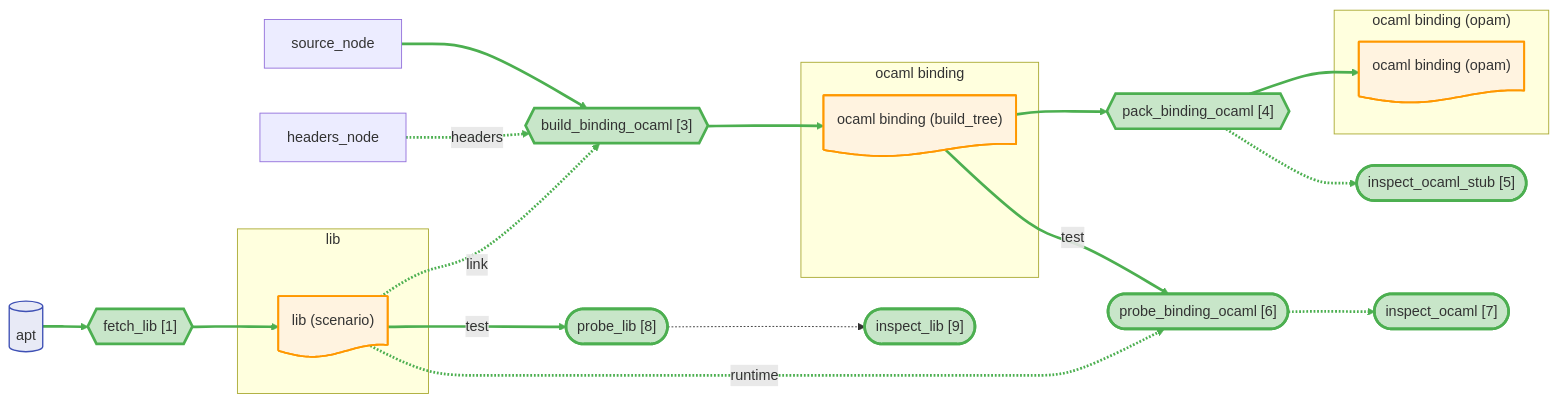
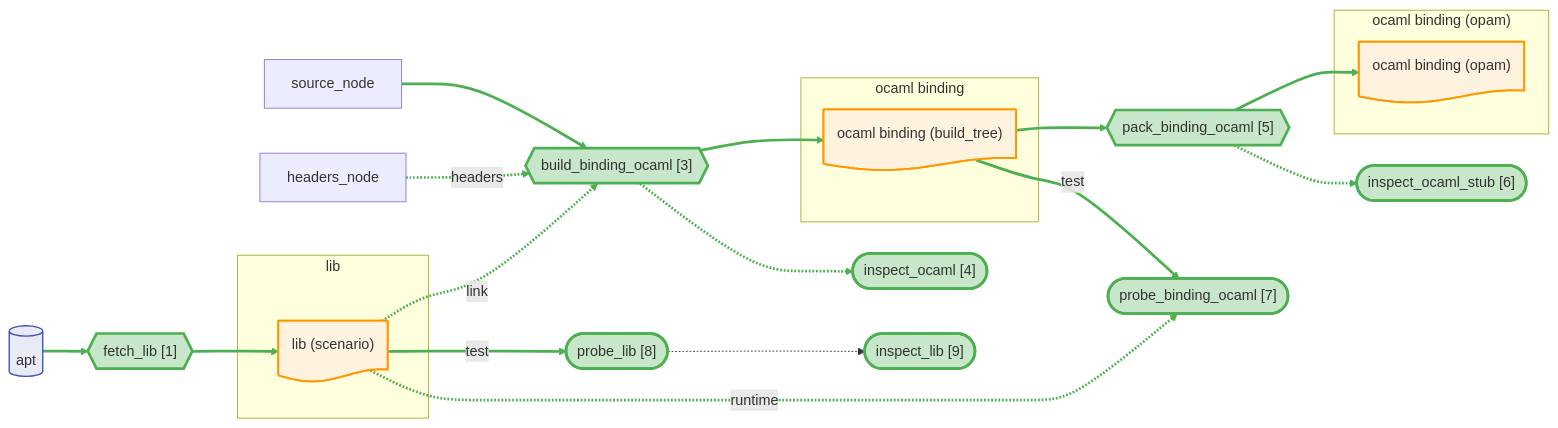
One commit to JHU-PL-Lab/tola changed the diagram in docs/canary/projects/zarith/-run/diagrams/full.mmd. Above: the diagram before and after it, drawn with Mermaid. The commit also changed 247 other files, not shown here.

```diff
--- a/docs/canary/projects/zarith/-run/diagrams/full.mmd
+++ b/docs/canary/projects/zarith/-run/diagrams/full.mmd
@@ -1,69 +1,69 @@
 %% view: full
 graph LR
     subgraph lib_sg ["lib"]
       lib_node@{ shape: doc, label: "lib (scenario)" }
     end
     subgraph ocaml_binding_input_sg ["ocaml binding"]
       ocaml_binding_build_tree_node@{ shape: doc, label: "ocaml binding (build_tree)" }
     end
     subgraph ocaml_binding_product_sg ["ocaml binding (opam)"]
       ocaml_binding_opam_node@{ shape: doc, label: "ocaml binding (opam)" }
     end
 
     apt_store@{ shape: cyl, label: "apt" }
 
     A_fetch_lib{{"fetch_lib [1]"}}
     A_build_binding_ocaml{{"build_binding_ocaml [3]"}}
-    A_pack_binding_ocaml{{"pack_binding_ocaml [4]"}}
-    A_pack_binding_ocaml_stub_inspect(["inspect_ocaml_stub [5]"])
-    A_probe_binding_ocaml(["probe_binding_ocaml [6]"])
-    A_probe_binding_ocaml_inspect(["inspect_ocaml [7]"])
+    A_build_binding_ocaml_inspect(["inspect_ocaml [4]"])
+    A_pack_binding_ocaml{{"pack_binding_ocaml [5]"}}
+    A_pack_binding_ocaml_stub_inspect(["inspect_ocaml_stub [6]"])
+    A_probe_binding_ocaml(["probe_binding_ocaml [7]"])
     A_probe_lib(["probe_lib [8]"])
     A_probe_lib_inspect(["inspect_lib [9]"])
 
     apt_store --> A_fetch_lib --> lib_node
     lib_node -->|test| A_probe_lib
     source_node --> A_build_binding_ocaml
     headers_node -.->|headers| A_build_binding_ocaml
     lib_node -.->|link| A_build_binding_ocaml
     A_build_binding_ocaml --> ocaml_binding_build_tree_node
     ocaml_binding_build_tree_node --> A_pack_binding_ocaml
     A_pack_binding_ocaml --> ocaml_binding_opam_node
     ocaml_binding_build_tree_node -->|test| A_probe_binding_ocaml
     lib_node -.->|runtime| A_probe_binding_ocaml
+    A_build_binding_ocaml -.-> A_build_binding_ocaml_inspect
     A_pack_binding_ocaml -.-> A_pack_binding_ocaml_stub_inspect
-    A_probe_binding_ocaml -.-> A_probe_binding_ocaml_inspect
     A_probe_lib -.-> A_probe_lib_inspect
 
     classDef artifact fill:#fff3e0,stroke:#ff9800,stroke-width:2px
     classDef store fill:#e8eaf6,stroke:#3f51b5,stroke-width:1.5px
     classDef st_done fill:#c8e6c9,stroke:#4caf50,stroke-width:3px
     classDef st_done_ctx fill:#e8f5e9,stroke:#a5d6a7,stroke-width:1.5px
     classDef st_expected_fail fill:#fff9c4,stroke:#f9a825,stroke-width:2px
     classDef st_failed fill:#ffcdd2,stroke:#c62828,stroke-width:2px
     classDef st_skipped fill:#f5f5f5,stroke:#9e9e9e,stroke-dasharray:5
     classDef st_nospec fill:#fafafa,stroke:#bdbdbd,stroke-dasharray:5
     class lib_node,ocaml_binding_build_tree_node,ocaml_binding_opam_node artifact
     class apt_store store
     class A_fetch_lib st_done
     class A_fetch_binding_source_ocaml st_done
     class A_build_binding_ocaml st_done
+    class A_build_binding_ocaml_inspect st_done
     class A_pack_binding_ocaml st_done
     class A_pack_binding_ocaml_stub_inspect st_done
     class A_probe_binding_ocaml st_done
-    class A_probe_binding_ocaml_inspect st_done
     class A_probe_lib st_done
     class A_probe_lib_inspect st_done
     linkStyle 0 stroke:#4caf50,stroke-width:3px
     linkStyle 1 stroke:#4caf50,stroke-width:3px
     linkStyle 2 stroke:#4caf50,stroke-width:3px
     linkStyle 3 stroke:#4caf50,stroke-width:3px
     linkStyle 4 stroke:#4caf50,stroke-width:3px
     linkStyle 5 stroke:#4caf50,stroke-width:3px
     linkStyle 6 stroke:#4caf50,stroke-width:3px
     linkStyle 7 stroke:#4caf50,stroke-width:3px
     linkStyle 8 stroke:#4caf50,stroke-width:3px
     linkStyle 9 stroke:#4caf50,stroke-width:3px
     linkStyle 10 stroke:#4caf50,stroke-width:3px
     linkStyle 11 stroke:#4caf50,stroke-width:3px
     linkStyle 12 stroke:#4caf50,stroke-width:3px
```
